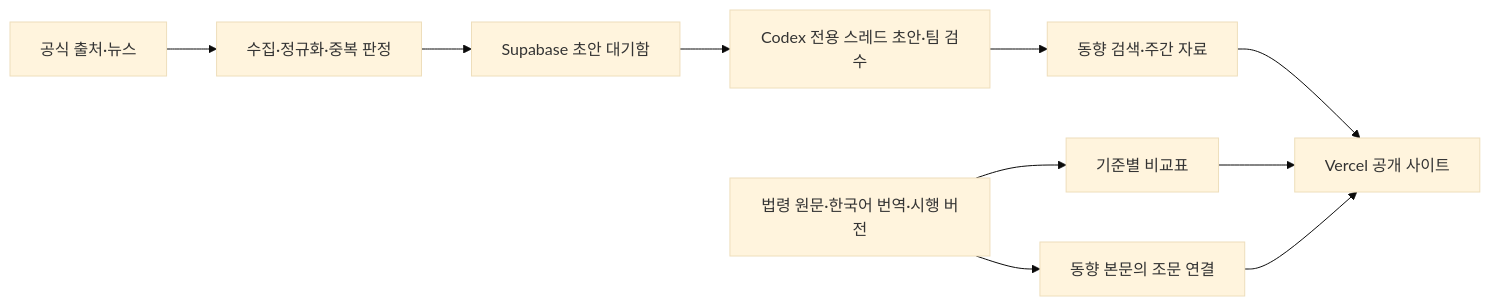
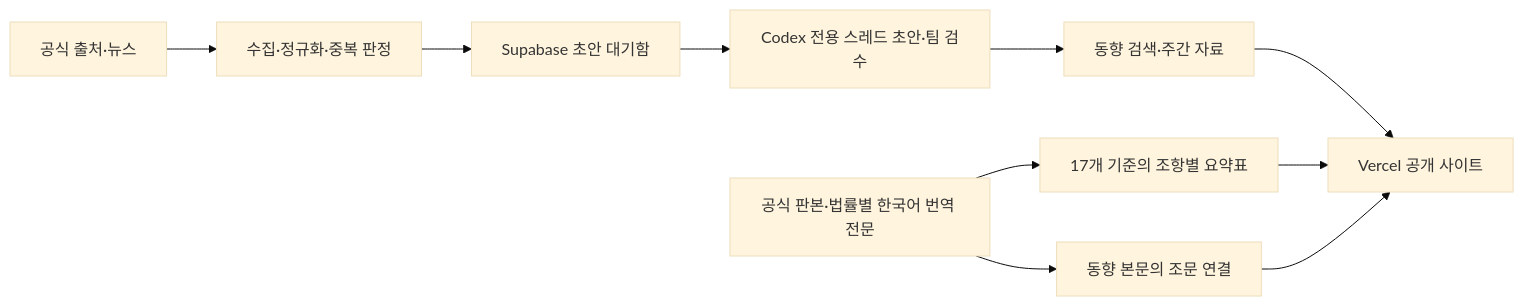
Before and after one commit to parksunup/globaltrend: the diagram in README.md, drawn with Mermaid (base theme). The commit also changed other lines of this file and 3 other files, not shown here.

````diff
--- a/README.md
+++ b/README.md
@@ -49,12 +49,12 @@
 ```mermaid
 flowchart LR
     A[공식 출처·뉴스] --> B[수집·정규화·중복 판정]
     B --> Q[Supabase 초안 대기함]
     Q --> C[Codex 전용 스레드 초안·팀 검수]
     C --> D[동향 검색·주간 자료]
-    E[법령 원문·한국어 번역·시행 버전] --> F[기준별 비교표]
+    E[공식 판본·법률별 한국어 번역 전문] --> F[17개 기준의 조항별 요약표]
     E --> G[동향 본문의 조문 연결]
     D --> H[Vercel 공개 사이트]
     F --> H
     G --> H
 ```
````
